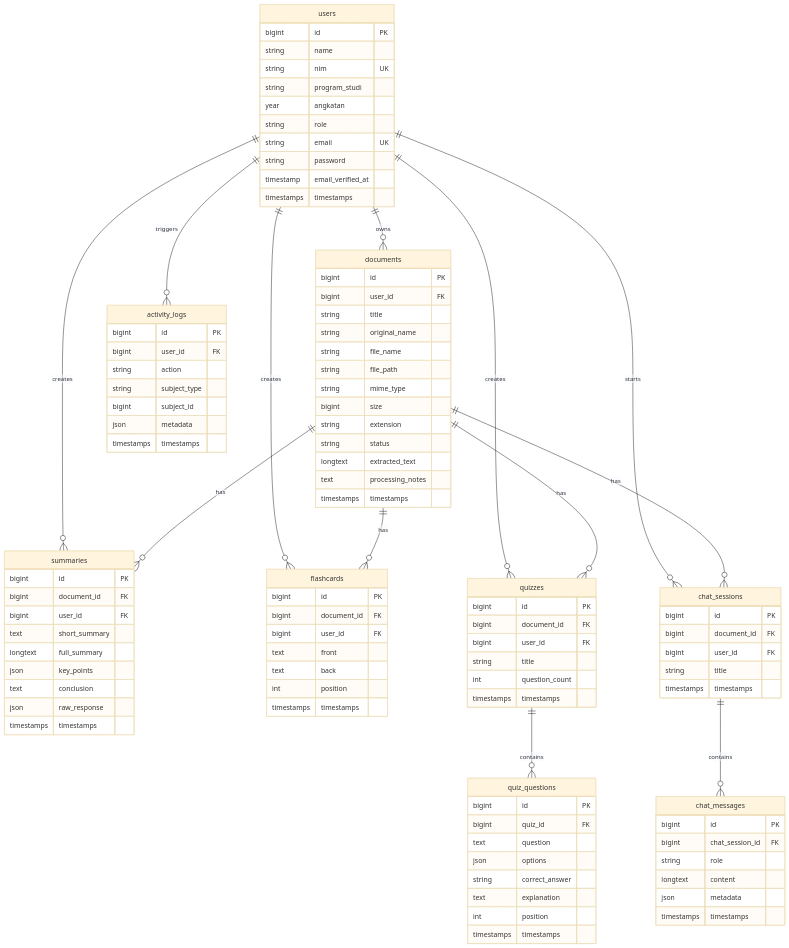
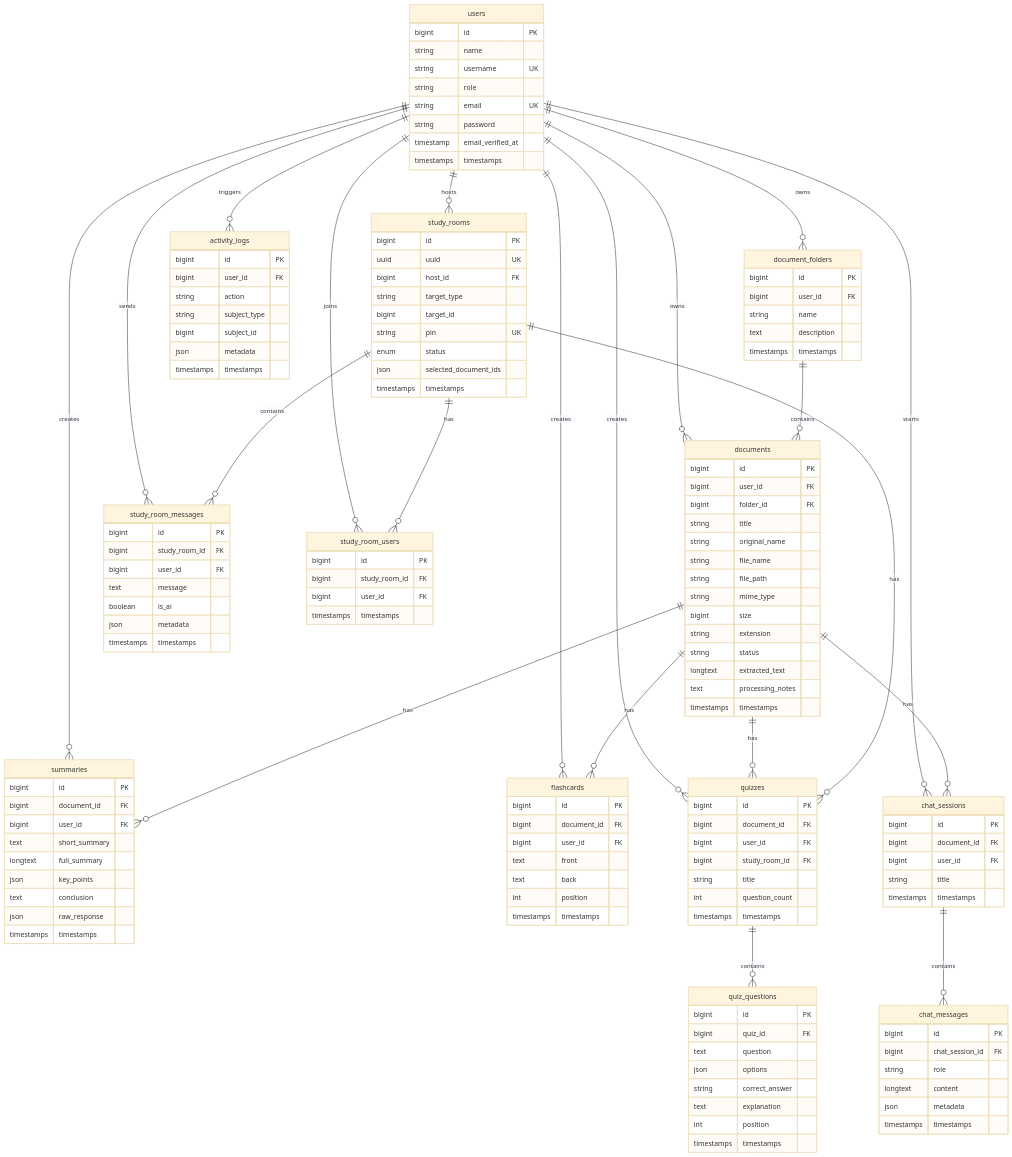
The diagram in docs/architecture.md (Tias27/ruang-belajar), drawn with Mermaid (base theme) before and after one commit. The commit also changed other lines of this file and 1 other file, not shown here.

Commit message:
update and redesign student guide, update system architecture documentation

````diff
--- a/docs/architecture.md
+++ b/docs/architecture.md
@@ -36,9 +46,7 @@
     users {
         bigint id PK
         string name
-        string nim UK
-        string program_studi
-        year angkatan
+        string username UK
         string role
         string email UK
         string password
@@ -49,6 +57,7 @@
     documents {
         bigint id PK
         bigint user_id FK
+        bigint folder_id FK
         string title
         string original_name
         string file_name
@@ -59,6 +68,14 @@
         string status
         longtext extracted_text
         text processing_notes
+        timestamps timestamps
+    }
+
+    document_folders {
+        bigint id PK
+        bigint user_id FK
+        string name
+        text description
         timestamps timestamps
     }
 
@@ -88,6 +105,7 @@
         bigint id PK
         bigint document_id FK
         bigint user_id FK
+        bigint study_room_id FK
         string title
         int question_count
         timestamps timestamps
@@ -121,6 +139,35 @@
         timestamps timestamps
     }
 
+    study_rooms {
+        bigint id PK
+        uuid uuid UK
+        bigint host_id FK
+        string target_type
+        bigint target_id
+        string pin UK
+        enum status
+        json selected_document_ids
+        timestamps timestamps
+    }
+
+    study_room_messages {
+        bigint id PK
+        bigint study_room_id FK
+        bigint user_id FK
+        text message
+        boolean is_ai
+        json metadata
+        timestamps timestamps
+    }
+
+    study_room_users {
+        bigint id PK
+        bigint study_room_id FK
+        bigint user_id FK
+        timestamps timestamps
+    }
+
     activity_logs {
         bigint id PK
         bigint user_id FK
@@ -132,15 +179,26 @@
     }
 
     users ||--o{ documents : owns
+    users ||--o{ document_folders : owns
+    document_folders ||--o{ documents : contains
     users ||--o{ summaries : creates
     users ||--o{ flashcards : creates
     users ||--o{ quizzes : creates
     users ||--o{ chat_sessions : starts
     users ||--o{ activity_logs : triggers
+    users ||--o{ study_rooms : hosts
+    users ||--o{ study_room_messages : sends
+    users ||--o{ study_room_users : joins
+    
     documents ||--o{ summaries : has
     documents ||--o{ flashcards : has
     documents ||--o{ quizzes : has
+    documents ||--o{ chat_sessions : has
+    
     quizzes ||--o{ quiz_questions : contains
-    documents ||--o{ chat_sessions : has
     chat_sessions ||--o{ chat_messages : contains
+    
+    study_rooms ||--o{ study_room_messages : contains
+    study_rooms ||--o{ study_room_users : has
+    study_rooms ||--o{ quizzes : has
 ```
````
